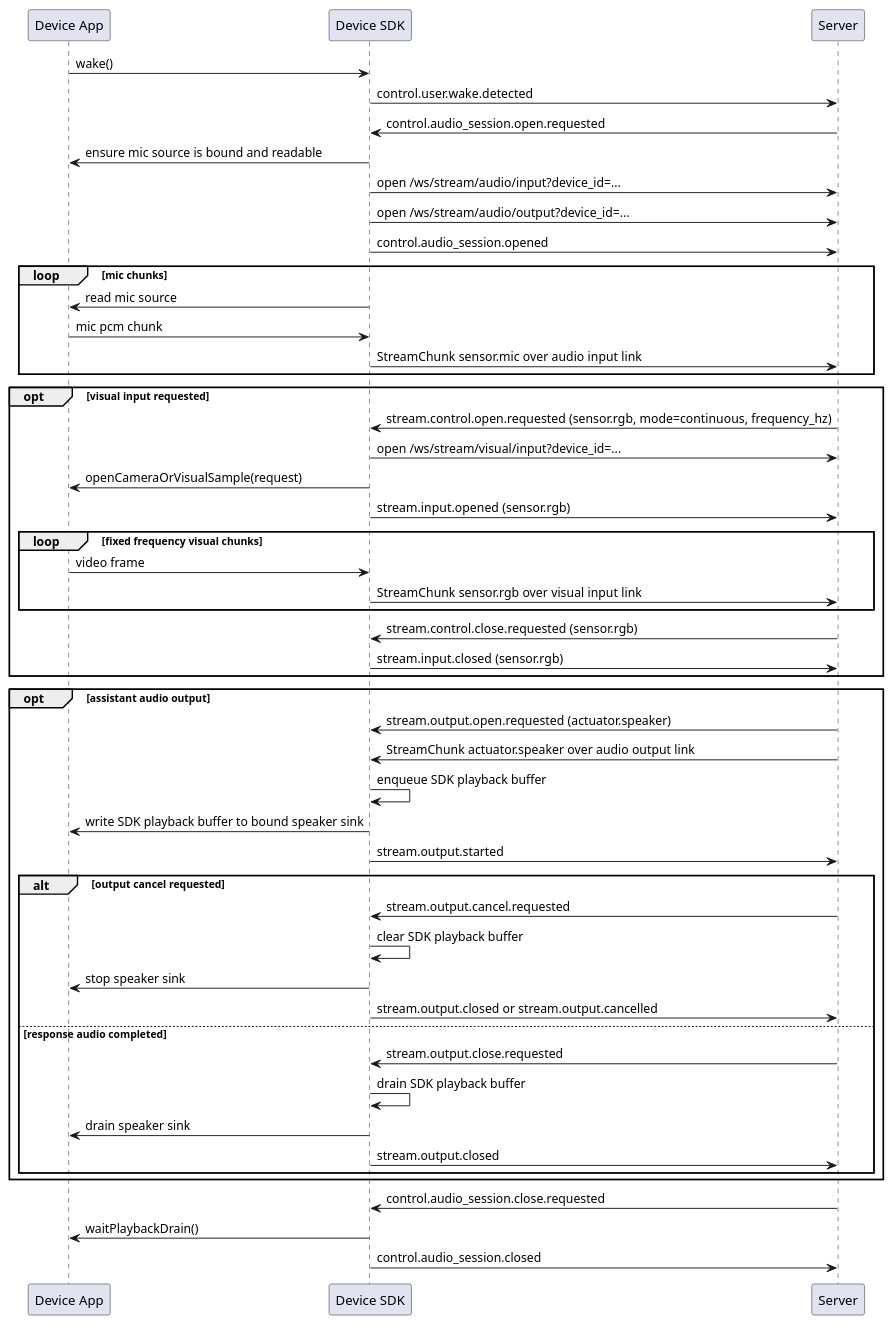
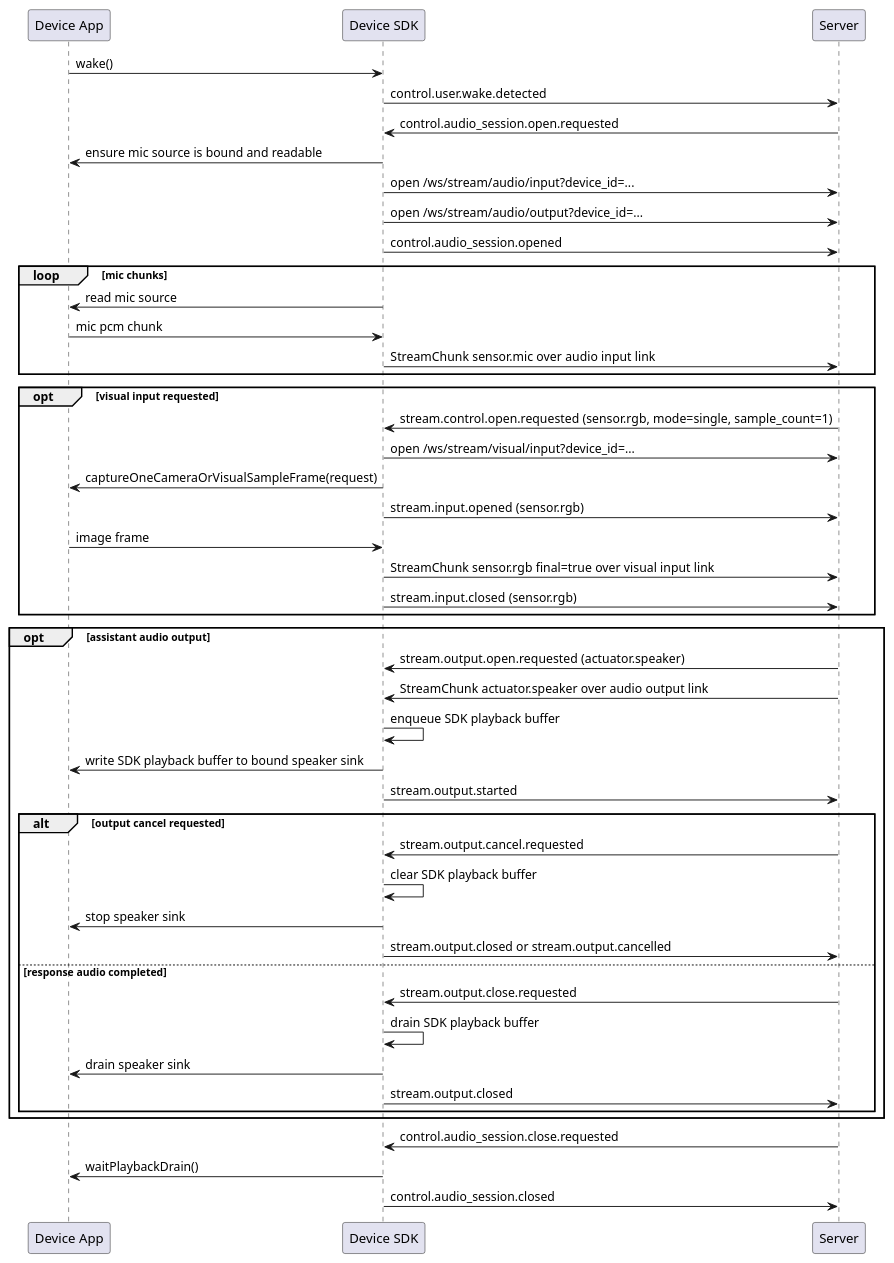
The third of 6 diagrams in docs/reference/device-sdk-event-blueprint.md (HengeLiu/RealtimeAgent), drawn with PlantUML before and after one commit. The commit also changed other lines of this file and 4 other files, not shown here.

````diff
--- a/docs/reference/device-sdk-event-blueprint.md
+++ b/docs/reference/device-sdk-event-blueprint.md
@@ -220,56 +220,53 @@
 ```plantuml
 @startuml
 participant "Device App" as App
 participant "Device SDK" as SDK
 participant Server
 
 App -> SDK: wake()
 SDK -> Server: control.user.wake.detected
 Server -> SDK: control.audio_session.open.requested
 SDK -> App: ensure mic source is bound and readable
 SDK -> Server: open /ws/stream/audio/input?device_id=...
 SDK -> Server: open /ws/stream/audio/output?device_id=...
 SDK -> Server: control.audio_session.opened
 loop mic chunks
   SDK -> App: read mic source
   App -> SDK: mic pcm chunk
   SDK -> Server: StreamChunk sensor.mic over audio input link
 end
 
 opt visual input requested
-  Server -> SDK: stream.control.open.requested (sensor.rgb, mode=continuous, frequency_hz)
+  Server -> SDK: stream.control.open.requested (sensor.rgb, mode=single, sample_count=1)
   SDK -> Server: open /ws/stream/visual/input?device_id=...
-  SDK -> App: openCameraOrVisualSample(request)
+  SDK -> App: captureOneCameraOrVisualSampleFrame(request)
   SDK -> Server: stream.input.opened (sensor.rgb)
-  loop fixed frequency visual chunks
-    App -> SDK: video frame
-    SDK -> Server: StreamChunk sensor.rgb over visual input link
-  end
-  Server -> SDK: stream.control.close.requested (sensor.rgb)
+  App -> SDK: image frame
+  SDK -> Server: StreamChunk sensor.rgb final=true over visual input link
   SDK -> Server: stream.input.closed (sensor.rgb)
 end
 
 opt assistant audio output
   Server -> SDK: stream.output.open.requested (actuator.speaker)
   Server -> SDK: StreamChunk actuator.speaker over audio output link
   SDK -> SDK: enqueue SDK playback buffer
   SDK -> App: write SDK playback buffer to bound speaker sink
   SDK -> Server: stream.output.started
   alt output cancel requested
     Server -> SDK: stream.output.cancel.requested
     SDK -> SDK: clear SDK playback buffer
     SDK -> App: stop speaker sink
     SDK -> Server: stream.output.closed or stream.output.cancelled
   else response audio completed
     Server -> SDK: stream.output.close.requested
     SDK -> SDK: drain SDK playback buffer
     SDK -> App: drain speaker sink
     SDK -> Server: stream.output.closed
   end
 end
 
 Server -> SDK: control.audio_session.close.requested
 SDK -> App: waitPlaybackDrain()
 SDK -> Server: control.audio_session.closed
 @enduml
 ```
````
